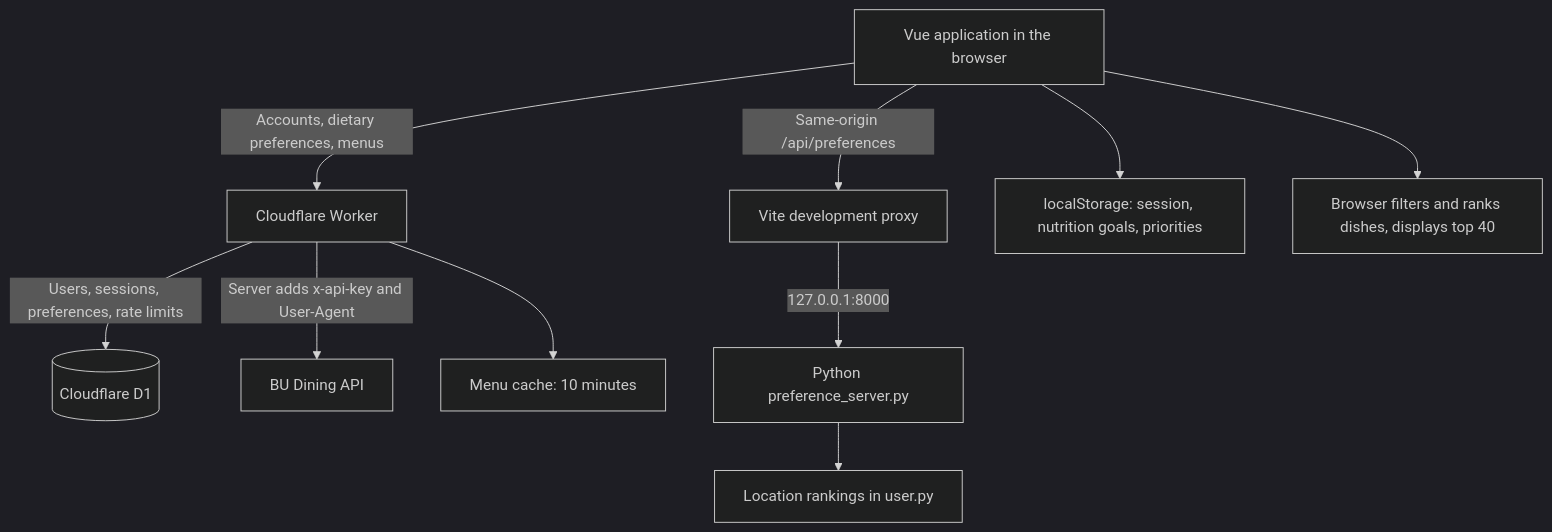
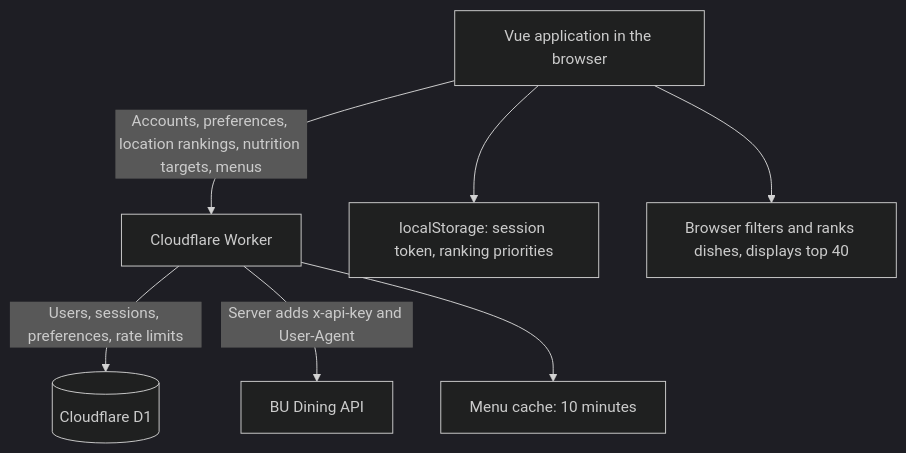
The diagram in README.md (kamkamkamkjst824/DS-X-Hackathon-Project.github.io), drawn with Mermaid (dark theme) before and after one commit. The commit also changed other lines of this file and 13 other files, not shown here.

First line of the commit message:
Move nutrition targets to Worker and remove local Python backend

````diff
--- a/README.md
+++ b/README.md
@@ -35,12 +33,9 @@
 ```mermaid
 flowchart TD
-    U[Vue application in the browser] -->|Accounts, dietary preferences, menus| W[Cloudflare Worker]
+    U[Vue application in the browser] -->|Accounts, preferences, location rankings, nutrition targets, menus| W[Cloudflare Worker]
     W -->|Users, sessions, preferences, rate limits| D[(Cloudflare D1)]
     W -->|Server adds x-api-key and User-Agent| B[BU Dining API]
     W --> C[Menu cache: 10 minutes]
-    U -->|Same-origin /api/preferences| V[Vite development proxy]
-    V -->|127.0.0.1:8000| P[Python preference_server.py]
-    P --> F[Location rankings in user.py]
-    U --> L[localStorage: session, nutrition goals, priorities]
+    U --> L[localStorage: session token, ranking priorities]
     U --> R[Browser filters and ranks dishes, displays top 40]
 ```
````
